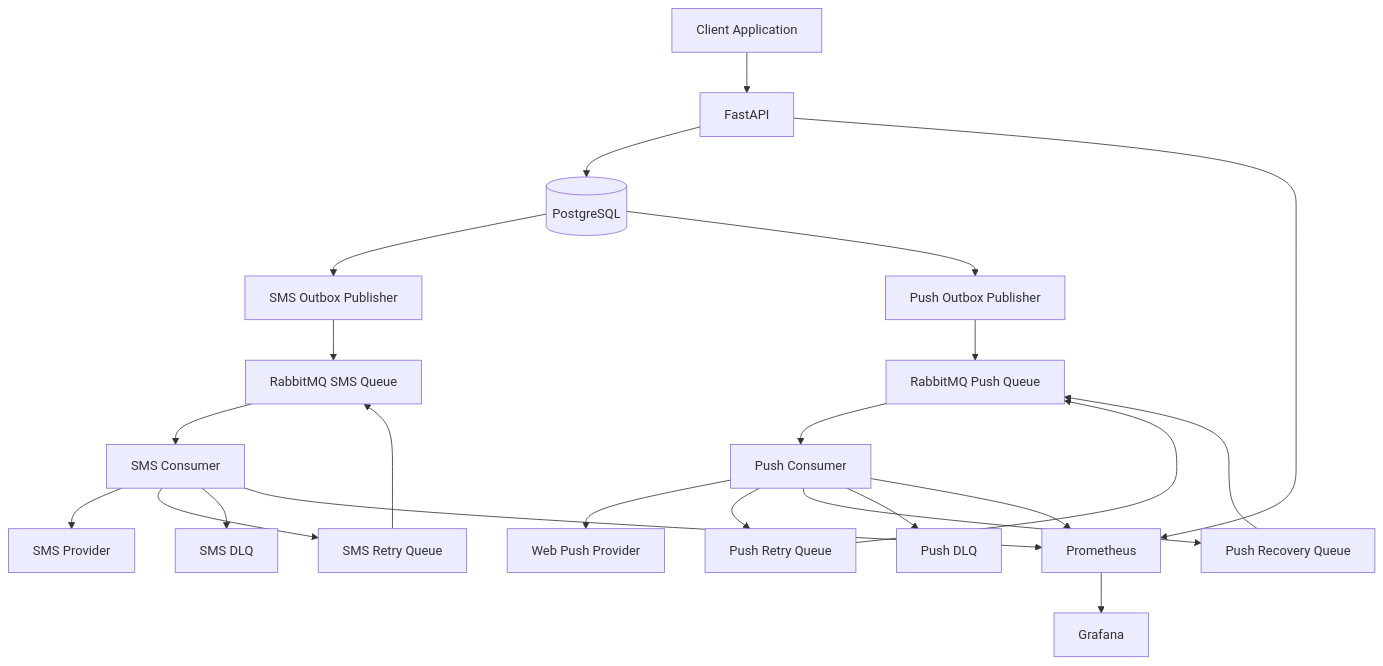
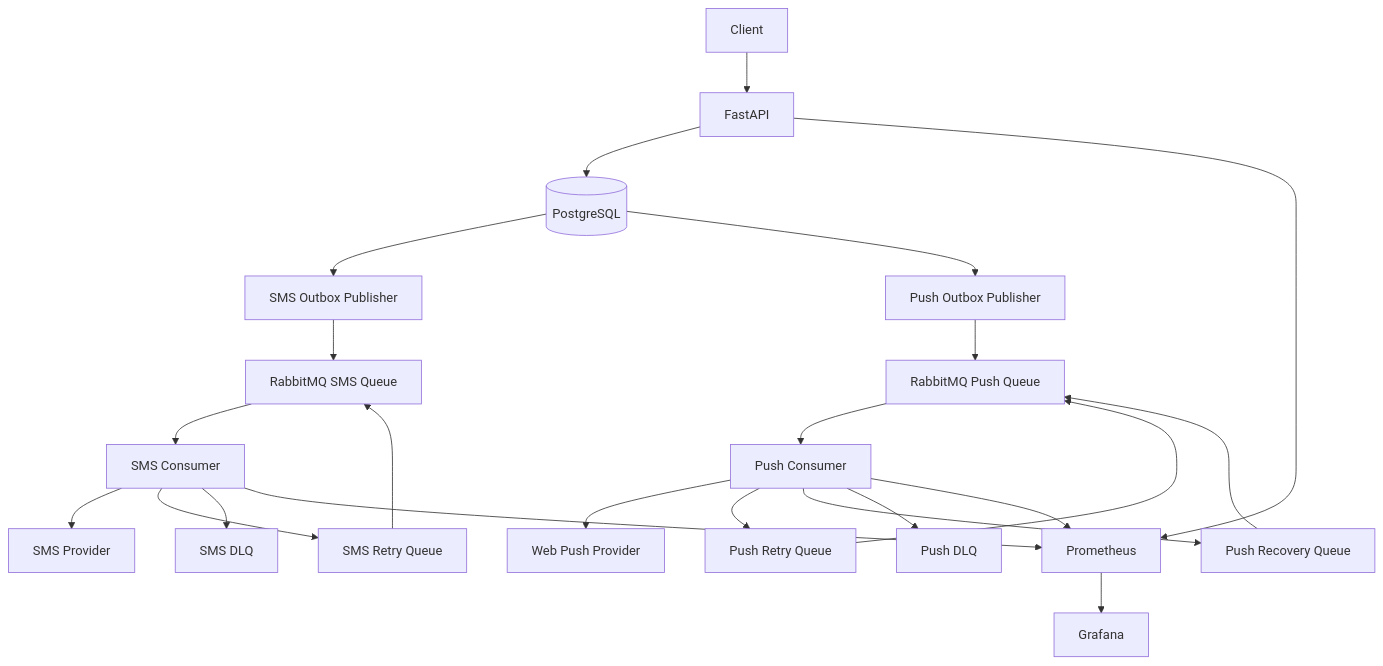
Before and after one commit to ishan4432/notifyflow: the diagram in README.md, drawn with Mermaid. The commit also changed other lines of this file, not shown here.

````diff
--- a/README.md
+++ b/README.md
@@ -27,34 +32,31 @@
 ```mermaid
 flowchart TD
-    Client[Client Application] --> API[FastAPI]
+    A[Client] --> B[FastAPI]
+    B --> C[(PostgreSQL)]
+    C --> D[SMS Outbox Publisher]
+    C --> E[Push Outbox Publisher]
 
-    API --> DB[(PostgreSQL)]
+    D --> F[RabbitMQ SMS Queue]
+    E --> G[RabbitMQ Push Queue]
 
-    DB --> SO[SMS Outbox Publisher]
-    DB --> PO[Push Outbox Publisher]
+    F --> H[SMS Consumer]
+    G --> I[Push Consumer]
 
-    SO --> SQ[RabbitMQ SMS Queue]
-    PO --> PQ[RabbitMQ Push Queue]
+    H --> J[SMS Provider]
+    I --> K[Web Push Provider]
 
-    SQ --> SC[SMS Consumer]
-    PQ --> PC[Push Consumer]
+    H --> L[SMS Retry Queue]
+    L --> F
+    H --> M[SMS DLQ]
 
-    SC --> SP[SMS Provider]
-    PC --> WP[Web Push Provider]
+    I --> N[Push Retry Queue]
+    N --> G
+    I --> O[Push Recovery Queue]
+    O --> G
+    I --> P[Push DLQ]
 
-    SC --> SR[SMS Retry Queue]
-    SC --> SD[SMS DLQ]
-
-    PC --> PR[Push Retry Queue]
-    PC --> REC[Push Recovery Queue]
-    PC --> PD[Push DLQ]
-
-    SR --> SQ
-    PR --> PQ
-    REC --> PQ
-
-    API --> PROM[Prometheus]
-    SC --> PROM
-    PC --> PROM
-    PROM --> GRAF[Grafana]
+    B --> Q[Prometheus]
+    H --> Q
+    I --> Q
+    Q --> R[Grafana]
 ```
````
